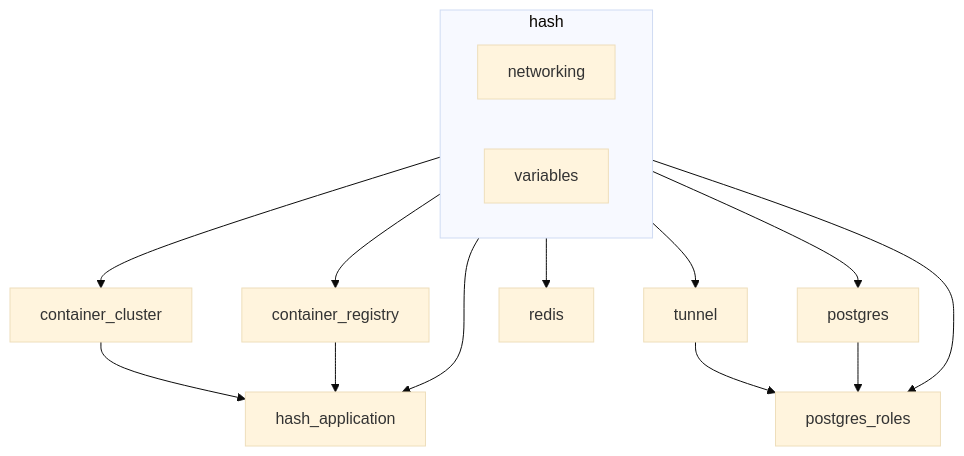
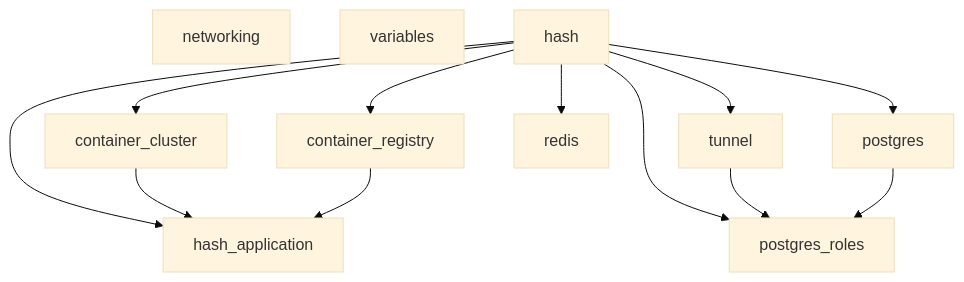
One commit to hashintel/hash changed the diagram in deploy/terraform/README.md. Above: the diagram before and after it, drawn with Mermaid (base theme).

Commit message:
Fix broken mermaid subgraph

````diff
--- a/deploy/terraform/README.md
+++ b/deploy/terraform/README.md
@@ -185,22 +185,21 @@
 ```mermaid
 graph TD;
-    subgraph hash
-        networking
-        variables
-    end
+    networking
+    variables
+    hash
 
     hash-->container_cluster
     hash-->hash_application
     hash-->container_registry
     hash-->postgres_roles
     hash-->tunnel
     hash-->redis
     hash-->postgres
 
     tunnel-->postgres_roles
     postgres-->postgres_roles
 
 
     container_cluster-->hash_application
     container_registry-->hash_application
 ```
````
